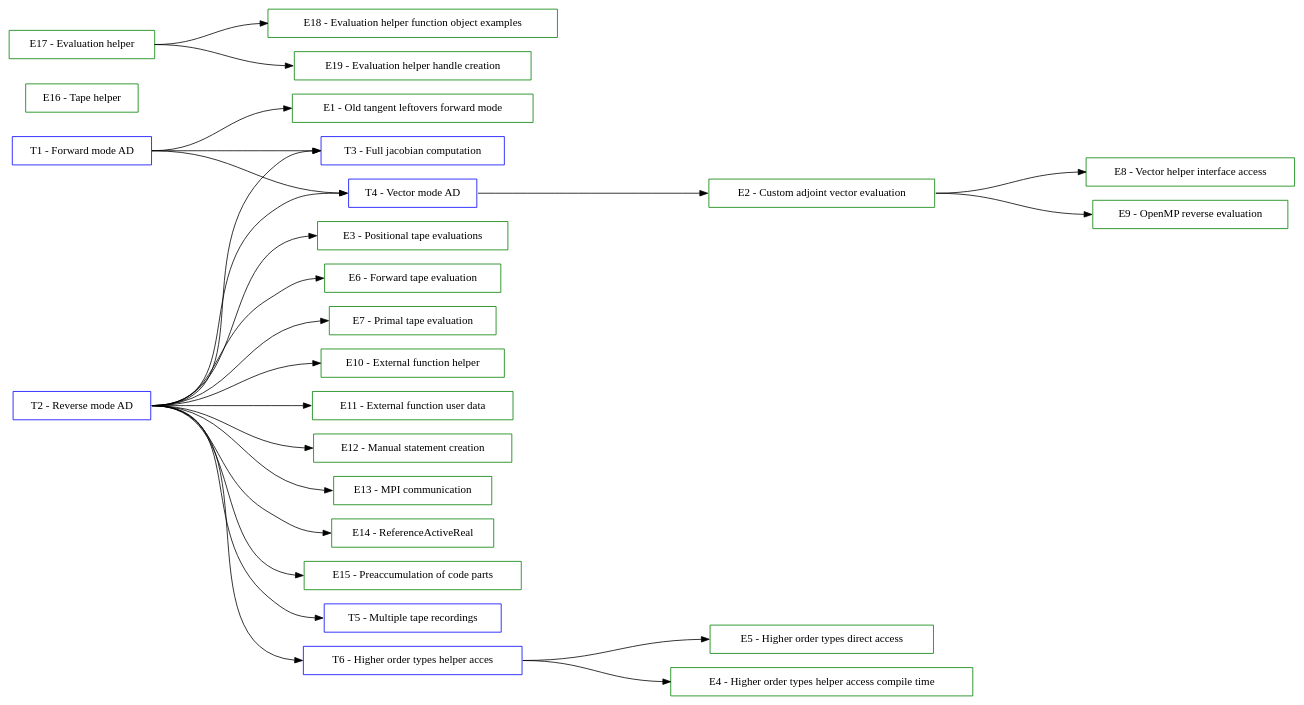
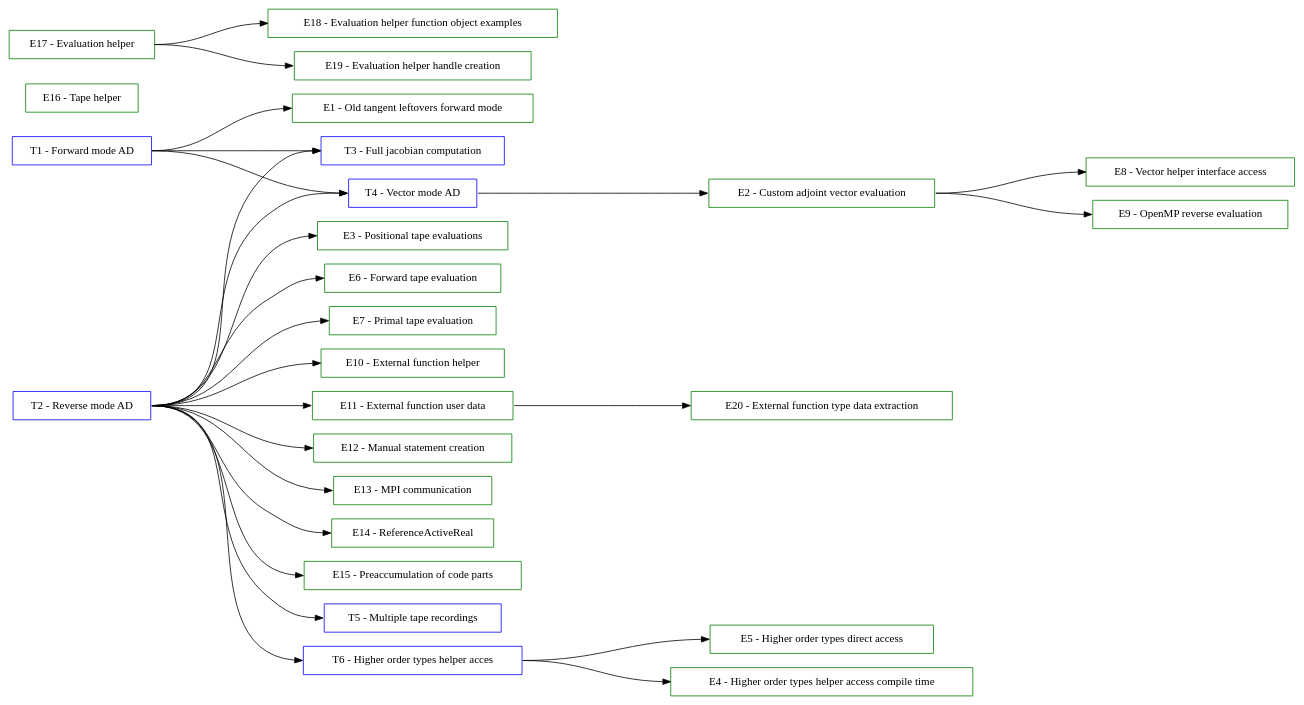
One commit to SciCompKL/CoDiPack changed the diagram in documentation/user/TutorialsGraph.dot. Above: the diagram before and after it, drawn with Graphviz. The commit also changed 3 other files, not shown here.

Commit message:
Example for ExternalFunctionTypeDataExtraction.

```diff
--- a/documentation/user/TutorialsGraph.dot
+++ b/documentation/user/TutorialsGraph.dot
@@ -1,83 +1,86 @@
 digraph Tutorials {
   rankdir=LR;
   ranksep=2;
 
   // Tutorial nodes
   node [shape=box color=blue];
   T01 [label="T1 - Forward mode AD"];
 
   T02 [label="T2 - Reverse mode AD"];
 
   T03 [label="T3 - Full jacobian computation"];
 
   T04 [label="T4 - Vector mode AD"];
 
   T05 [label="T5 - Multiple tape recordings"];
 
   T06 [label="T6 - Higher order types helper acces"];
 
   // Example nodes
   node [shape=box color=green];
   E01 [label="E1 - Old tangent leftovers forward mode"];
 
   E02 [label="E2 - Custom adjoint vector evaluation"];
 
   E03 [label="E3 - Positional tape evaluations"];
 
   E04 [label="E4 - Higher order types helper access compile time"];
 
   E05 [label="E5 - Higher order types direct access"];
 
   E06 [label="E6 - Forward tape evaluation"];
 
   E07 [label="E7 - Primal tape evaluation"];
 
   E08 [label="E8 - Vector helper interface access"];
 
   E09 [label="E9 - OpenMP reverse evaluation"];
 
   E10 [label="E10 - External function helper"];
 
   E11 [label="E11 - External function user data"];
 
   E12 [label="E12 - Manual statement creation"];
 
   E13 [label="E13 - MPI communication"];
 
   E14 [label="E14 - ReferenceActiveReal"];
 
   E15 [label="E15 - Preaccumulation of code parts"];
 
   E16 [label="E16 - Tape helper"];
 
   E17 [label="E17 - Evaluation helper"];
 
   E18 [label="E18 - Evaluation helper function object examples"];
 
   E19 [label="E19 - Evaluation helper handle creation"];
 
+  E20 [label="E20 - External function type data extraction"];
+
   // Edges (sorted)
   E02:e -> E08:w;
   E02:e -> E09:w;
+  E11:e -> E20:w;
   E17:e -> E18:w;
   E17:e -> E19:w;
   T01:e -> E01:w;
   T01:e -> T03:w;
   T01:e -> T04:w;
   T02:e -> E03:w;
   T02:e -> E06:w;
   T02:e -> E07:w;
   T02:e -> E10:w;
   T02:e -> E11:w;
   T02:e -> E12:w;
   T02:e -> E13:w;
   T02:e -> E14:w;
   T02:e -> E15:w;
   T02:e -> T03:w;
   T02:e -> T04:w;
   T02:e -> T05:w;
   T02:e -> T06:w;
   T04:e -> E02:w;
   T06:e -> E04:w;
   T06:e -> E05:w;
 }
```
